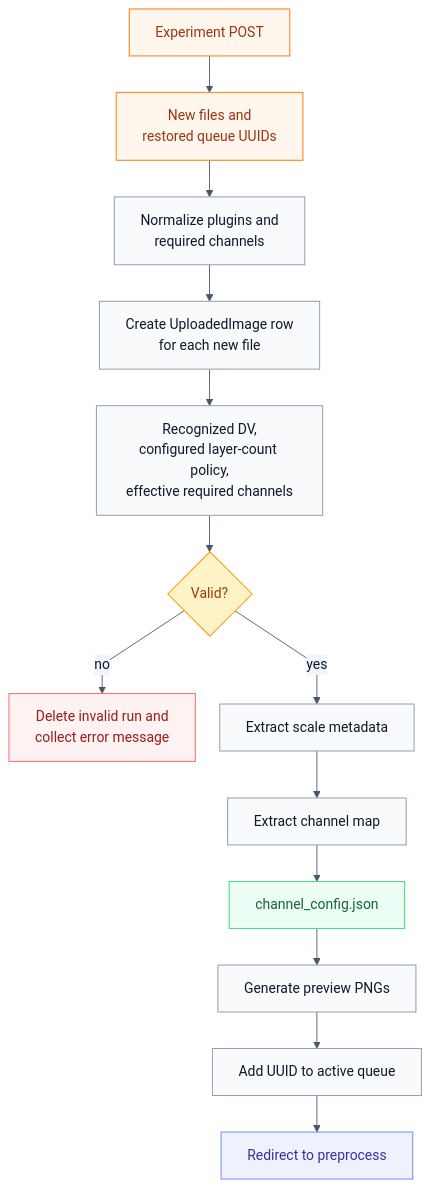
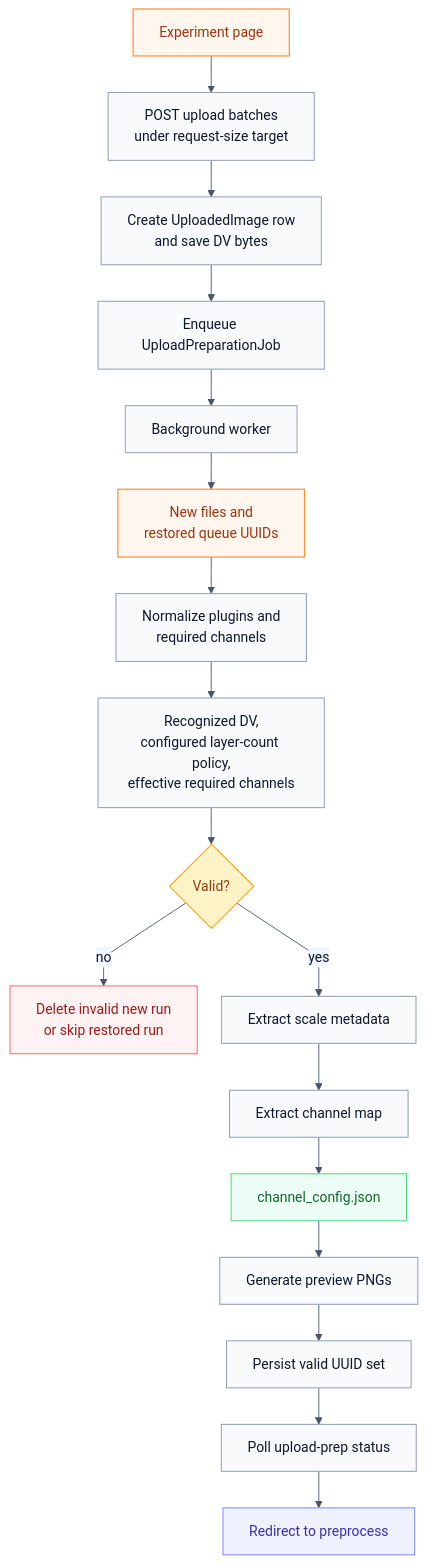
Before and after one commit to BrentLagesse/CytoCV: the diagram in docs/diagrams/06-upload-validation-flow.mmd, drawn with Mermaid. The commit also changed other lines of this file and 23 other files, not shown here.

```diff
--- a/docs/diagrams/06-upload-validation-flow.mmd
+++ b/docs/diagrams/06-upload-validation-flow.mmd
@@ -1,33 +1,37 @@
 %%{init: {"theme":"base","themeVariables":{"background":"#ffffff","primaryColor":"#f8fafc","primaryBorderColor":"#94a3b8","primaryTextColor":"#0f172a","secondaryColor":"#eff6ff","tertiaryColor":"#eef2ff","lineColor":"#475569","fontFamily":"Helvetica","fontSize":"16px","clusterBorder":"#cbd5e1","clusterBkg":"#ffffff"},"flowchart":{"htmlLabels":true,"curve":"linear","nodeSpacing":28,"rankSpacing":42}}}%%
 flowchart TD
     classDef actor fill:#fff7ed,stroke:#fb923c,color:#9a3412,stroke-width:1.4px;
     classDef process fill:#f8fafc,stroke:#94a3b8,color:#0f172a,stroke-width:1.2px;
     classDef decision fill:#fef3c7,stroke:#f59e0b,color:#92400e,stroke-width:1.2px;
     classDef data fill:#ecfdf5,stroke:#4ade80,color:#166534,stroke-width:1.2px;
     classDef warn fill:#fef2f2,stroke:#f87171,color:#991b1b,stroke-width:1.2px;
     classDef output fill:#eef2ff,stroke:#818cf8,color:#3730a3,stroke-width:1.2px;
 
-    start[Experiment POST]
+    start[Experiment page]
+    batch[POST upload batches<br/>under request-size target]
+    create[Create UploadedImage row<br/>and save DV bytes]
+    prep[Enqueue UploadPreparationJob]
+    worker[Background worker]
     input[New files and<br/>restored queue UUIDs]
     select[Normalize plugins and<br/>required channels]
-    create[Create UploadedImage row<br/>for each new file]
     validate[Recognized DV,<br/>configured layer-count policy,<br/>effective required channels]
     ok{Valid?}
-    reject[Delete invalid run and<br/>collect error message]
+    reject[Delete invalid new run<br/>or skip restored run]
     scale[Extract scale metadata]
     channels[Extract channel map]
     config[channel_config.json]
     preview[Generate preview PNGs]
-    queue[Add UUID to active queue]
+    queue[Persist valid UUID set]
+    poll[Poll upload-prep status]
     redirect[Redirect to preprocess]
 
-    start --> input --> select --> create --> validate --> ok
+    start --> batch --> create --> prep --> worker --> input --> select --> validate --> ok
     ok -- no --> reject
-    ok -- yes --> scale --> channels --> config --> preview --> queue --> redirect
+    ok -- yes --> scale --> channels --> config --> preview --> queue --> poll --> redirect
 
     class start,input actor
-    class select,create,validate,scale,channels,preview,queue process
+    class select,create,validate,scale,channels,preview,queue,batch,prep,worker,poll process
     class ok decision
     class config data
     class reject warn
     class redirect output
```
